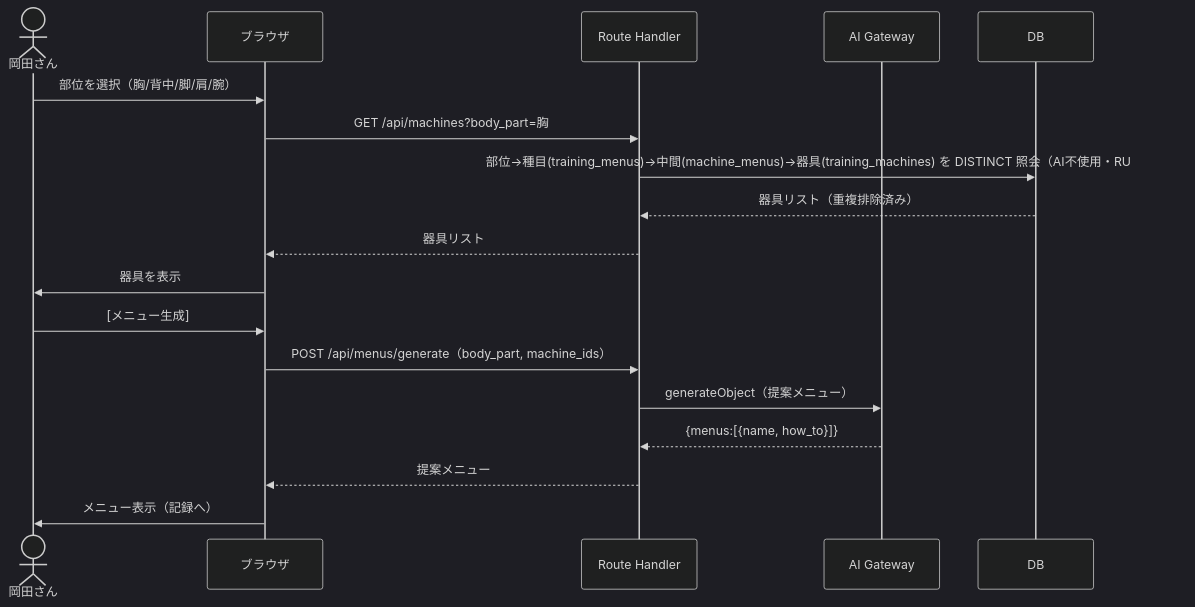
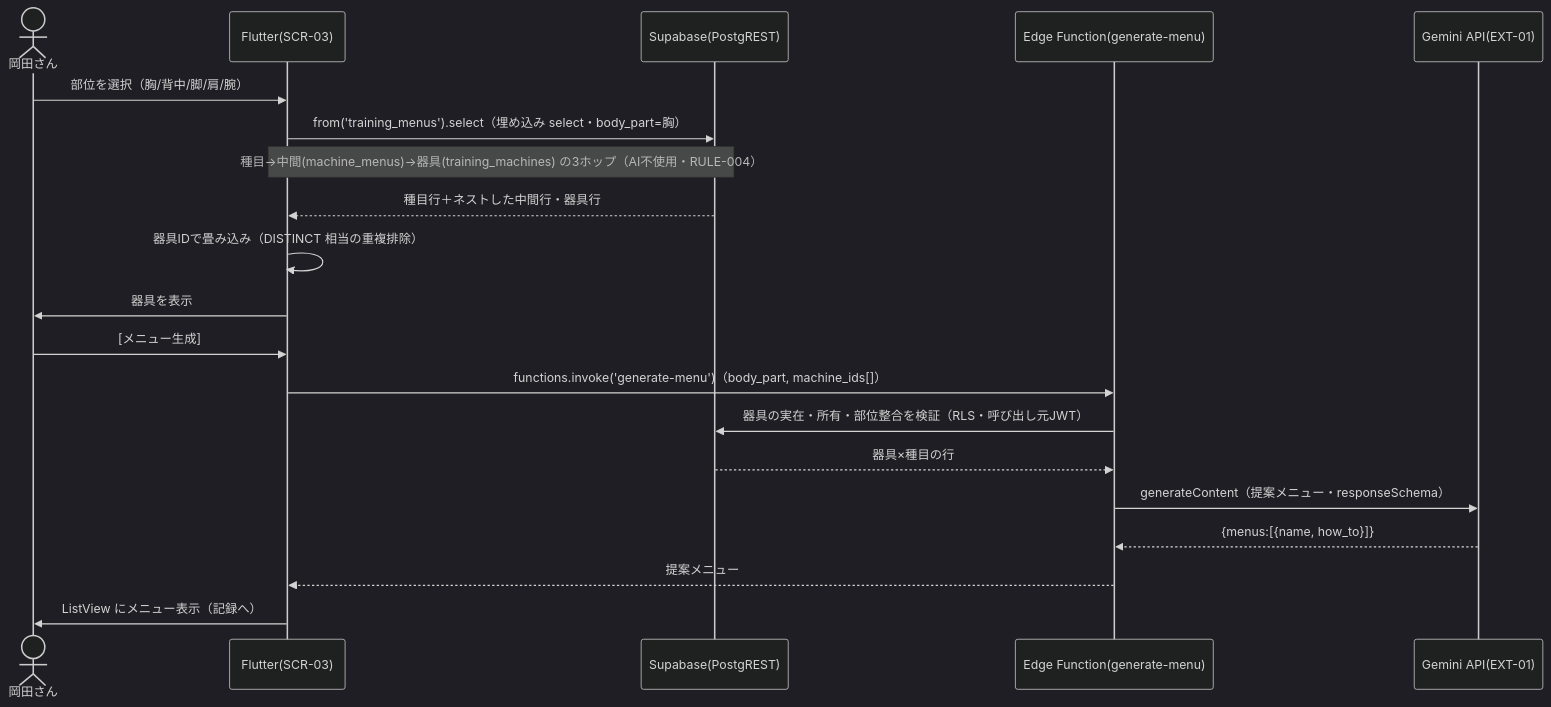
Before and after one commit to k-okada51/okada-fit: the second of 5 diagrams in docs/02_設計/40_機能設計/01_シーケンス設計.md, drawn with Mermaid (dark theme). The commit also changed other lines of this file and 37 other files, not shown here.

````diff
--- a/docs/02_設計/40_機能設計/01_シーケンス設計.md
+++ b/docs/02_設計/40_機能設計/01_シーケンス設計.md
@@ -59,21 +63,23 @@
 ```mermaid
 sequenceDiagram
   actor U as 岡田さん
-  participant B as ブラウザ
-  participant S as Route Handler
-  participant G as AI Gateway
-  participant D as DB
+  participant F as Flutter(SCR-03)
+  participant P as Supabase(PostgREST)
+  participant E as Edge Function(generate-menu)
+  participant G as Gemini API(EXT-01)
 
-  U->>B: 部位を選択（胸/背中/脚/肩/腕）
-  B->>S: GET /api/machines?body_part=胸
-  S->>D: 部位→種目(training_menus)→中間(machine_menus)→器具(training_machines) を DISTINCT 照会（AI不使用・RULE-004）
-  D-->>S: 器具リスト（重複排除済み）
-  S-->>B: 器具リスト
-  B->>U: 器具を表示
-  U->>B: [メニュー生成]
-  B->>S: POST /api/menus/generate（body_part, machine_ids）
-  S->>G: generateObject（提案メニュー）
-  G-->>S: {menus:[{name, how_to}]}
-  S-->>B: 提案メニュー
-  B->>U: メニュー表示（記録へ）
+  U->>F: 部位を選択（胸/背中/脚/肩/腕）
+  F->>P: from('training_menus').select（埋め込み select・body_part=胸）
+  Note over F,P: 種目→中間(machine_menus)→器具(training_machines) の3ホップ（AI不使用・RULE-004）
+  P-->>F: 種目行＋ネストした中間行・器具行
+  F->>F: 器具IDで畳み込み（DISTINCT 相当の重複排除）
+  F->>U: 器具を表示
+  U->>F: [メニュー生成]
+  F->>E: functions.invoke('generate-menu')（body_part, machine_ids[]）
+  E->>P: 器具の実在・所有・部位整合を検証（RLS・呼び出し元JWT）
+  P-->>E: 器具×種目の行
+  E->>G: generateContent（提案メニュー・responseSchema）
+  G-->>E: {menus:[{name, how_to}]}
+  E-->>F: 提案メニュー
+  F->>U: ListView にメニュー表示（記録へ）
 ```
````
